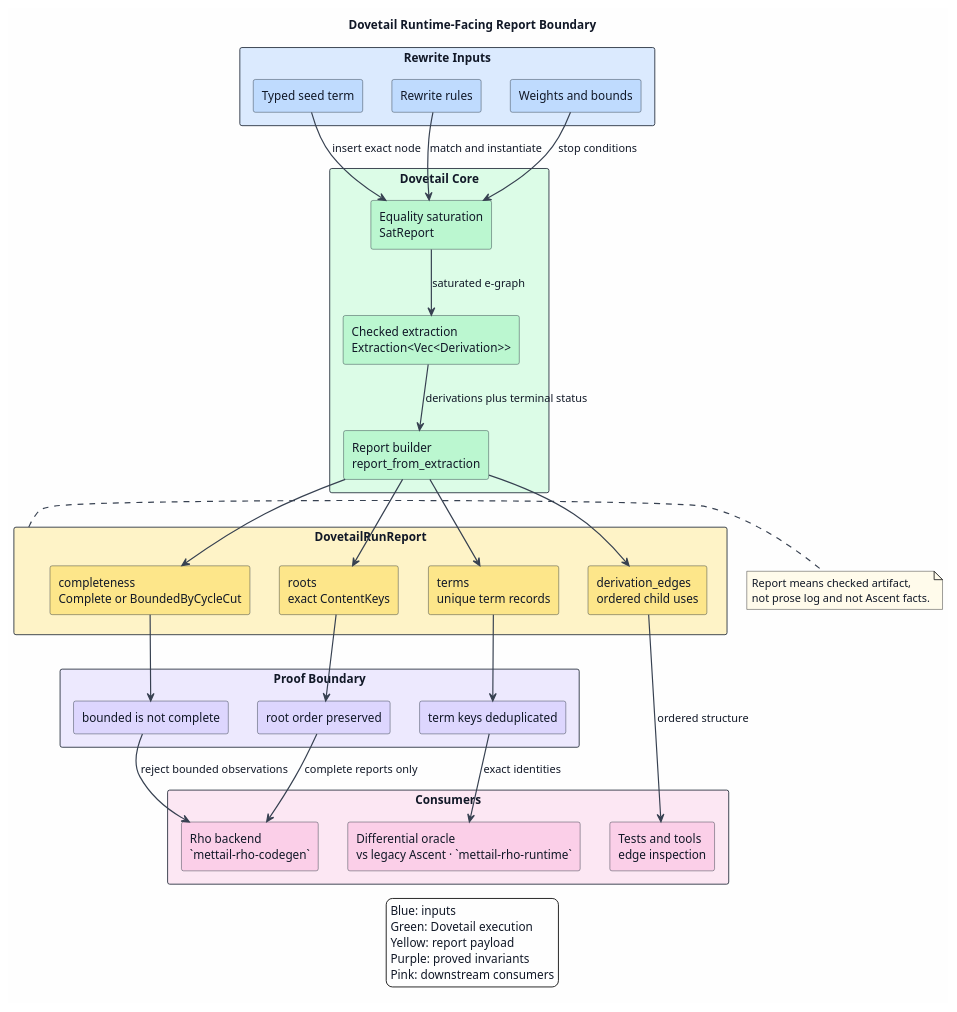
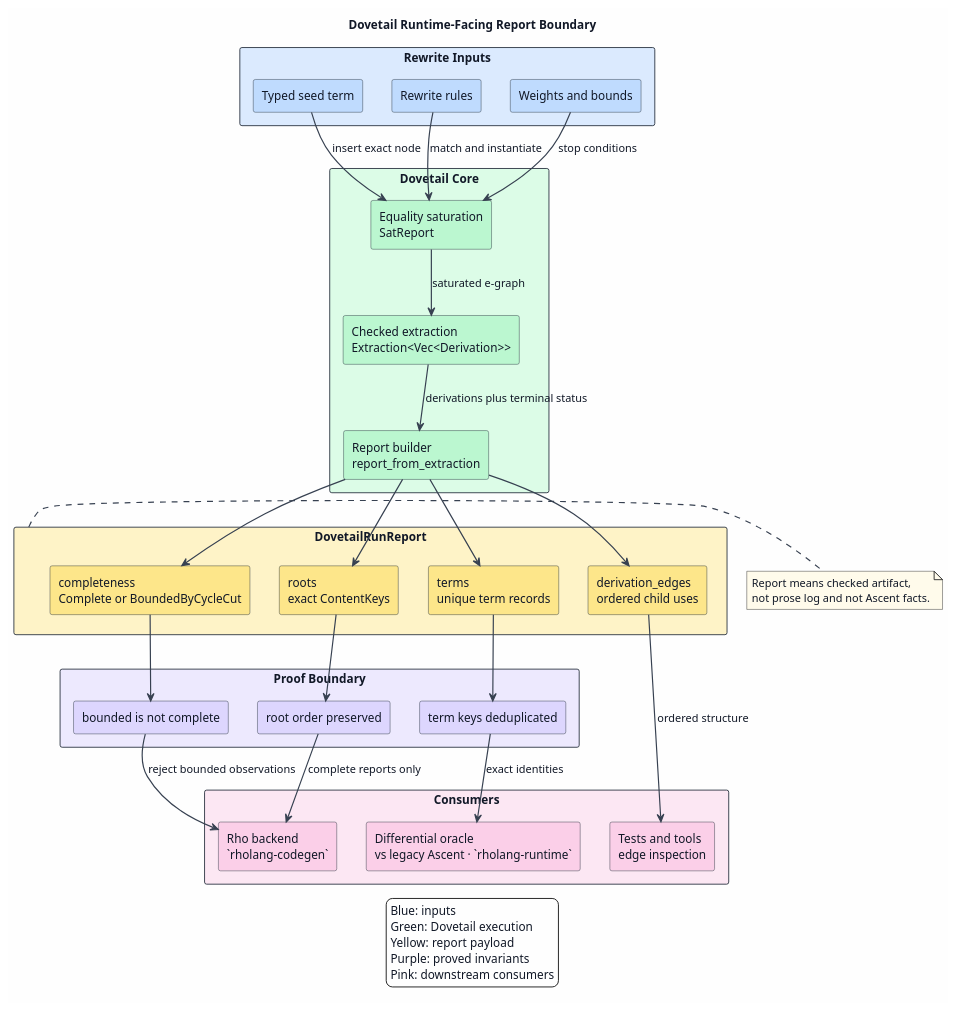
Before and after one commit to F1R3FLY-io/mettail-rust: the diagram in docs/architecture/dovetail/figures/10-report-boundary.puml, drawn with PlantUML. The commit also changed 188 other files, not shown here.

```diff
--- a/docs/architecture/dovetail/figures/10-report-boundary.puml
+++ b/docs/architecture/dovetail/figures/10-report-boundary.puml
@@ -1,75 +1,75 @@
 @startuml
 title Dovetail Runtime-Facing Report Boundary
 
 skinparam backgroundColor #FEFEFE
 skinparam shadowing false
 skinparam ArrowColor #374151
 skinparam ArrowThickness 1.4
 skinparam defaultFontColor #111827
 skinparam rectangle {
   BorderColor #1F2937
   FontColor #111827
 }
 skinparam componentStyle rectangle
 
 rectangle "Rewrite Inputs" as Inputs #DBEAFE {
   rectangle "Typed seed term" as Seed #BFDBFE
   rectangle "Rewrite rules" as Rules #BFDBFE
   rectangle "Weights and bounds" as Bounds #BFDBFE
 }
 
 rectangle "Dovetail Core" as Core #DCFCE7 {
   rectangle "Equality saturation\nSatReport" as Saturation #BBF7D0
   rectangle "Checked extraction\nExtraction<Vec<Derivation>>" as Extraction #BBF7D0
   rectangle "Report builder\nreport_from_extraction" as Builder #BBF7D0
 }
 
 rectangle "DovetailRunReport" as Report #FEF3C7 {
   rectangle "roots\nexact ContentKeys" as Roots #FDE68A
   rectangle "terms\nunique term records" as Terms #FDE68A
   rectangle "derivation_edges\nordered child uses" as Edges #FDE68A
   rectangle "completeness\nComplete or BoundedByCycleCut" as Completeness #FDE68A
 }
 
 rectangle "Proof Boundary" as Proof #EDE9FE {
   rectangle "root order preserved" as RootProof #DDD6FE
   rectangle "term keys deduplicated" as TermProof #DDD6FE
   rectangle "bounded is not complete" as BoundedProof #DDD6FE
 }
 
 rectangle "Consumers" as Consumers #FCE7F3 {
-  rectangle "Rho backend\n`mettail-rho-codegen`" as Rho #FBCFE8
-  rectangle "Differential oracle\nvs legacy Ascent · `mettail-rho-runtime`" as Oracle #FBCFE8
+  rectangle "Rho backend\n`rholang-codegen`" as Rho #FBCFE8
+  rectangle "Differential oracle\nvs legacy Ascent · `rholang-runtime`" as Oracle #FBCFE8
   rectangle "Tests and tools\nedge inspection" as Tools #FBCFE8
 }
 
 Seed --> Saturation : insert exact node
 Rules --> Saturation : match and instantiate
 Bounds --> Saturation : stop conditions
 Saturation --> Extraction : saturated e-graph
 Extraction --> Builder : derivations plus terminal status
 Builder --> Roots
 Builder --> Terms
 Builder --> Edges
 Builder --> Completeness
 Roots --> RootProof
 Terms --> TermProof
 Completeness --> BoundedProof
 RootProof --> Rho : complete reports only
 TermProof --> Oracle : exact identities
 Edges --> Tools : ordered structure
 BoundedProof --> Rho : reject bounded observations
 
 note right of Report #FFFBEB
   Report means checked artifact,
   not prose log and not Ascent facts.
 end note
 
 legend bottom
   Blue: inputs
   Green: Dovetail execution
   Yellow: report payload
   Purple: proved invariants
   Pink: downstream consumers
 endlegend
 @enduml
```
